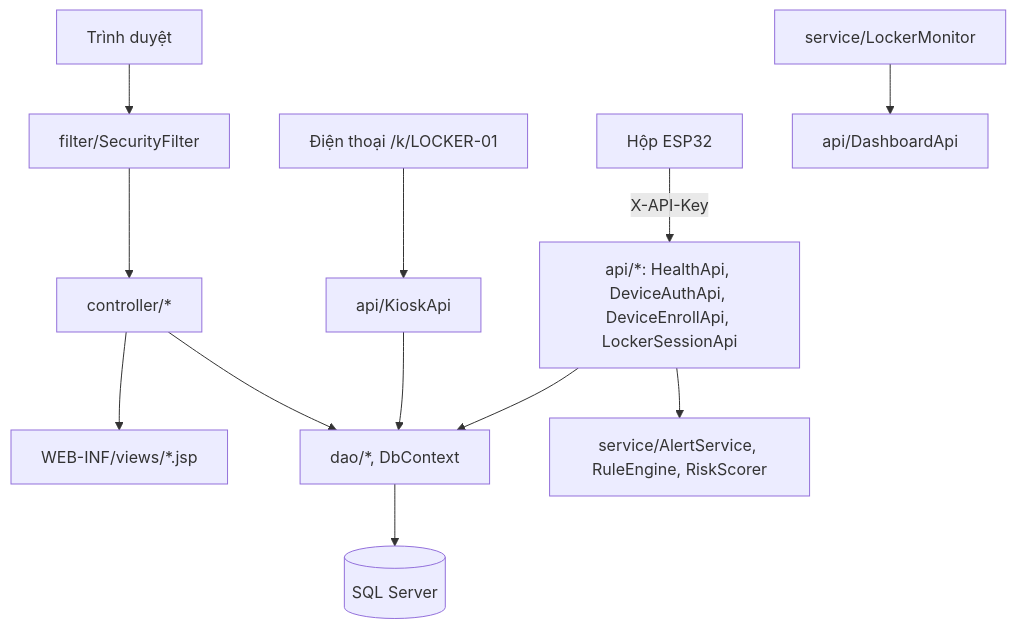
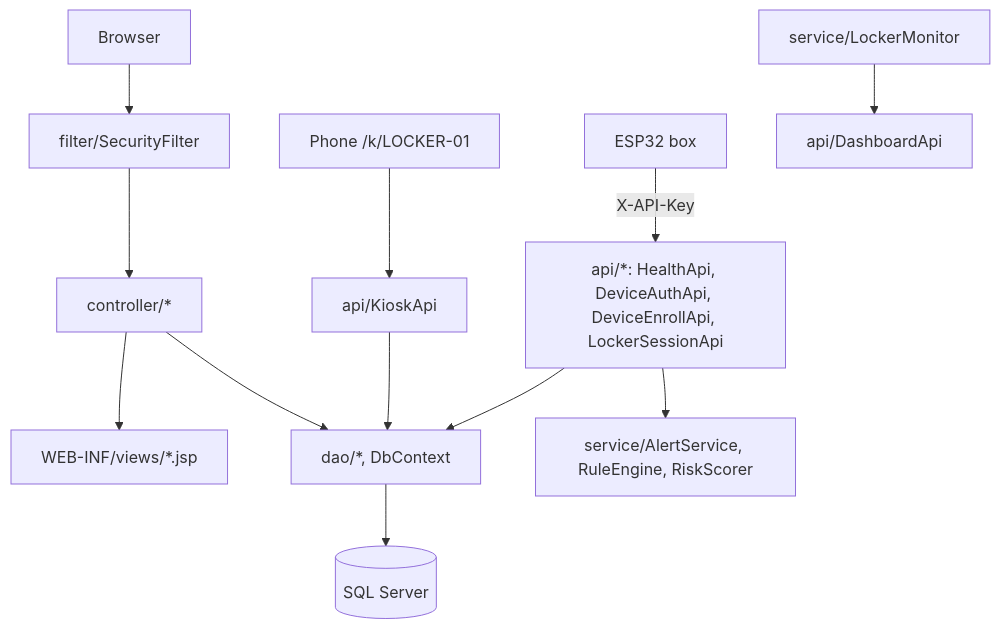
The fourth of 4 diagrams in README.md (HoangDuc1003/SmartLocker), drawn with Mermaid before and after one commit. The commit also changed other lines of this file and 215 other files, not shown here.

````diff
--- a/README.md
+++ b/README.md
@@ -524,14 +557,14 @@
 ```mermaid
 flowchart TD
-    ESP["Hộp ESP32"] -->|X-API-Key| API["api/*: HealthApi, DeviceAuthApi, DeviceEnrollApi, LockerSessionApi"]
-    Phone["Điện thoại /k/LOCKER-01"] --> Kiosk["api/KioskApi"]
-    Browser["Trình duyệt"] --> Filter["filter/SecurityFilter"]
+    ESP["ESP32 box"] -->|X-API-Key| API["api/*: HealthApi, DeviceAuthApi, DeviceEnrollApi, LockerSessionApi"]
+    Phone["Phone /k/LOCKER-01"] --> Kiosk["api/KioskApi"]
+    Browser["Browser"] --> Filter["filter/SecurityFilter"]
     Filter --> Ctrl["controller/*"]
     Ctrl --> Views["WEB-INF/views/*.jsp"]
     API --> DAO["dao/*, DbContext"]
     Kiosk --> DAO
     Ctrl --> DAO
     API --> Svc["service/AlertService, RuleEngine, RiskScorer"]
     Monitor["service/LockerMonitor"] --> DashApi["api/DashboardApi"]
     DAO --> DB[("SQL Server")]
 ```
````
